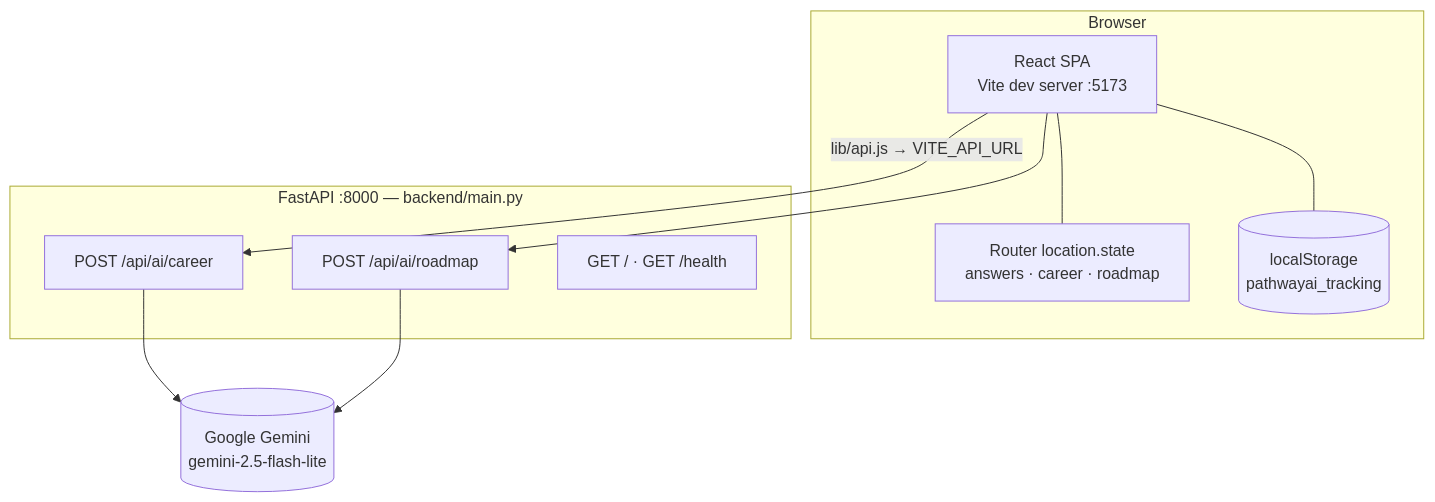
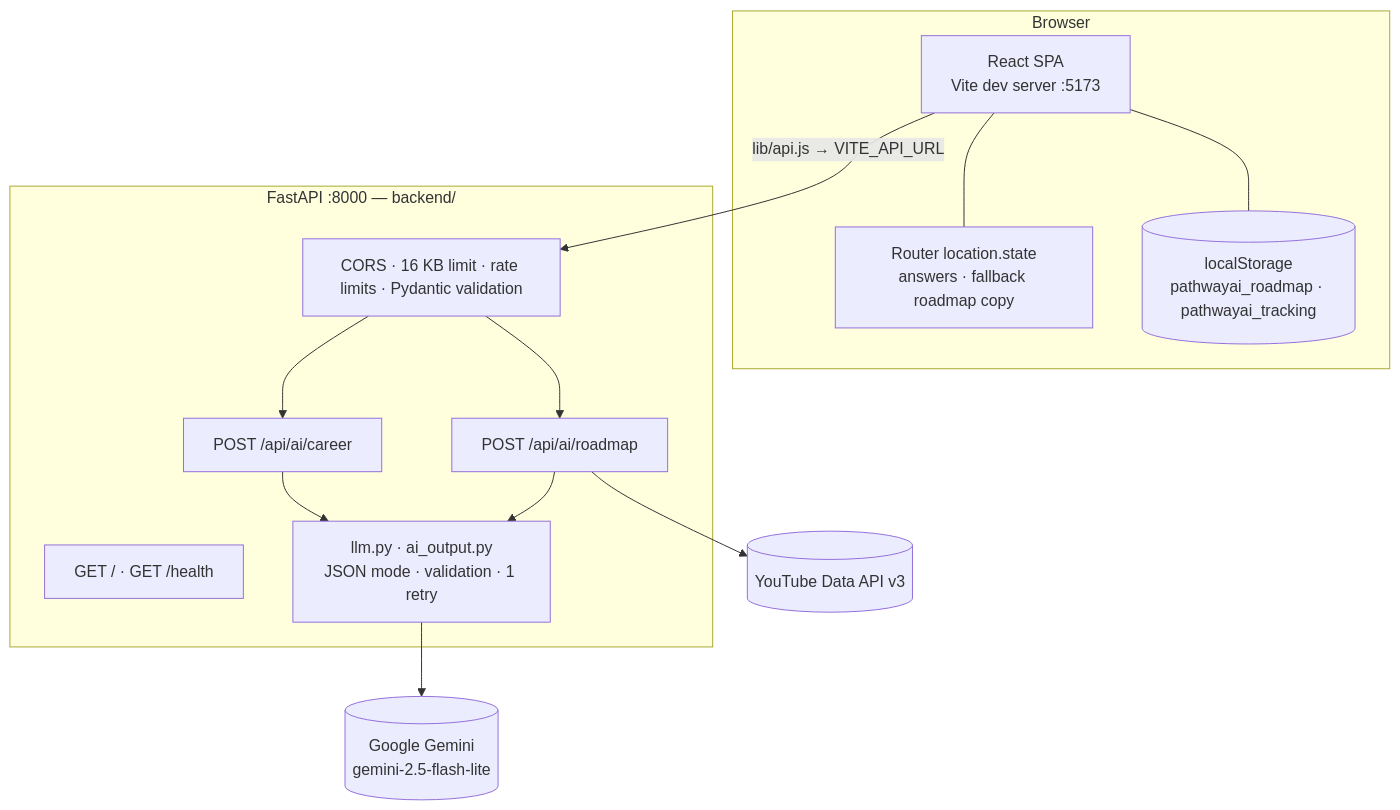
Before and after one commit to YussafZarifi/pathway-ai: the first of 2 diagrams in docs/architecture.md, drawn with Mermaid. The commit also changed other lines of this file and 11 other files, not shown here.

````diff
--- a/docs/architecture.md
+++ b/docs/architecture.md
@@ -7,20 +7,26 @@
 ```mermaid
 flowchart TB
     subgraph Browser
         SPA[React SPA<br/>Vite dev server :5173]
-        RS[Router location.state<br/>answers · career · roadmap]
-        LS[(localStorage<br/>pathwayai_tracking)]
+        RS[Router location.state<br/>answers · fallback roadmap copy]
+        LS[(localStorage<br/>pathwayai_roadmap · pathwayai_tracking)]
         SPA --- RS
         SPA --- LS
     end
-    subgraph Server[FastAPI :8000 — backend/main.py]
+    subgraph Server[FastAPI :8000 — backend/]
+        MW[CORS · 16 KB limit · rate limits · Pydantic validation]
         EP1[POST /api/ai/career]
         EP2[POST /api/ai/roadmap]
         H[GET / · GET /health]
+        LLM[llm.py · ai_output.py<br/>JSON mode · validation · 1 retry]
     end
     GEM[(Google Gemini<br/>gemini-2.5-flash-lite)]
-    SPA -- "lib/api.js → VITE_API_URL" --> EP1
-    SPA --> EP2
-    EP1 --> GEM
-    EP2 --> GEM
+    YT[(YouTube Data API v3)]
+    SPA -- "lib/api.js → VITE_API_URL" --> MW
+    MW --> EP1
+    MW --> EP2
+    EP1 --> LLM
+    EP2 --> LLM
+    LLM --> GEM
+    EP2 --> YT
 ```
````
